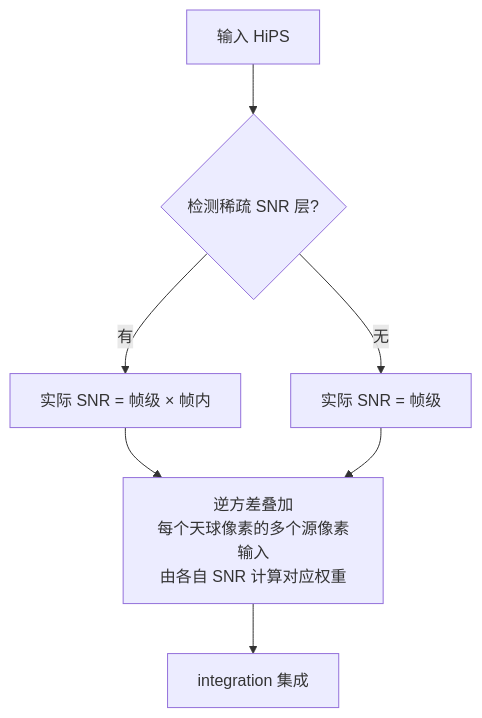
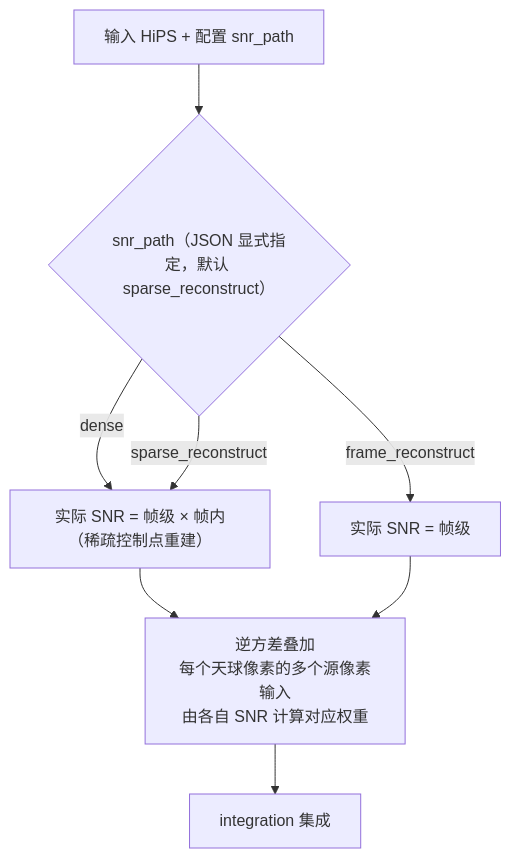
Before and after one commit to fujiaze/Astro-CS-Database: the sixth of 12 diagrams in ASTROCS_DESIGN.md, drawn with Mermaid. The commit also changed other lines of this file and 18 other files, not shown here.

````diff
--- a/ASTROCS_DESIGN.md
+++ b/ASTROCS_DESIGN.md
@@ -246,9 +292,10 @@
 ```mermaid
 flowchart TD
-    IN["输入 HiPS"] --> DET{检测稀疏 SNR 层?}
-    DET -->|有| F["实际 SNR = 帧级 × 帧内"]
-    DET -->|无| F2["实际 SNR = 帧级"]
+    IN["输入 HiPS + 配置 snr_path"] --> DET{"snr_path（JSON 显式指定，默认 sparse_reconstruct）"}
+    DET -->|dense| F["实际 SNR = 帧级 × 帧内稠密"]
+    DET -->|sparse_reconstruct| F["实际 SNR = 帧级 × 帧内（稀疏控制点重建）"]
+    DET -->|frame_reconstruct| F2["实际 SNR = 帧级"]
     F --> W["逆方差叠加<br/>每个天球像素的多个源像素输入<br/>由各自 SNR 计算对应权重"]
     F2 --> W
     W --> INT["integration 集成"]
 ```
````
